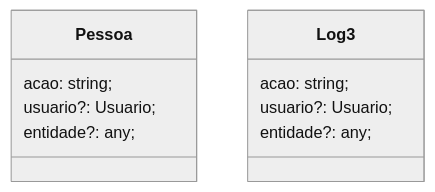
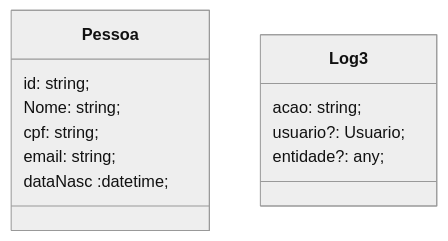
The diagram in Diagrama2.MD (DantasRocha/FinancasTI), drawn with Mermaid (neutral theme) before and after one commit.

````diff
--- a/Diagrama2.MD
+++ b/Diagrama2.MD
@@ -5,18 +5,20 @@
 ```mermaid
 classDiagram
 
 
 class Pessoa {
-    acao: string;
-    usuario?: Usuario;
-    entidade?: any;
+    id: string;
+    Nome: string;
+    cpf: string;
+    email: string;
+    dataNasc :datetime;
 }
 
 
 class Log3 {
     acao: string;
     usuario?: Usuario;
     entidade?: any;
 }
 
 ```
````
